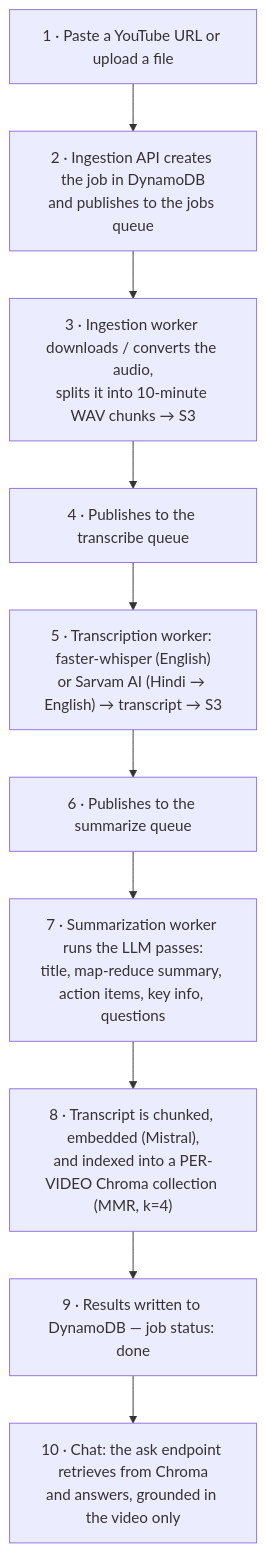
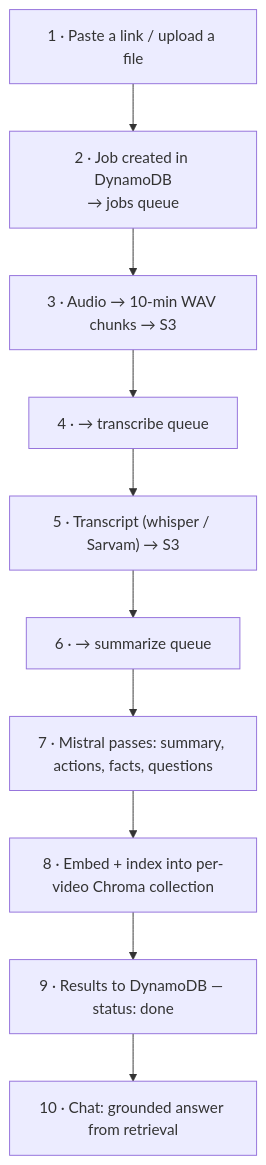
One commit to TexZ-GenZ/AI-Video-Assistant changed the second of 2 diagrams in README.md. Above: the diagram before and after it, drawn with Mermaid. The commit also changed other lines of this file, not shown here.

Commit message:
docs: shorten lifecycle diagram nodes (GitHub mermaid truncates long text) + detailed step list below

````diff
--- a/README.md
+++ b/README.md
@@ -65,12 +65,12 @@
 ```mermaid
 flowchart TB
-    A["1 · Paste a YouTube URL or upload a file"] --> B["2 · Ingestion API creates the job in DynamoDB<br/>and publishes to the jobs queue"]
-    B --> C["3 · Ingestion worker downloads / converts the audio,<br/>splits it into 10-minute WAV chunks → S3"]
-    C --> D["4 · Publishes to the transcribe queue"]
-    D --> E["5 · Transcription worker: faster-whisper (English)<br/>or Sarvam AI (Hindi → English) → transcript → S3"]
-    E --> F["6 · Publishes to the summarize queue"]
-    F --> G["7 · Summarization worker runs the LLM passes:<br/>title, map-reduce summary, action items, key info, questions"]
-    G --> H["8 · Transcript is chunked, embedded (Mistral),<br/>and indexed into a PER-VIDEO Chroma collection (MMR, k=4)"]
-    H --> I["9 · Results written to DynamoDB — job status: done"]
-    I --> J["10 · Chat: the ask endpoint retrieves from Chroma<br/>and answers, grounded in the video only"]
+    A["1 · Paste a link / upload a file"] --> B["2 · Job created in DynamoDB<br/>→ jobs queue"]
+    B --> C["3 · Audio → 10-min WAV chunks → S3"]
+    C --> D["4 · → transcribe queue"]
+    D --> E["5 · Transcript (whisper / Sarvam) → S3"]
+    E --> F["6 · → summarize queue"]
+    F --> G["7 · Mistral passes: summary, actions, facts, questions"]
+    G --> H["8 · Embed + index into per-video Chroma collection"]
+    H --> I["9 · Results to DynamoDB — status: done"]
+    I --> J["10 · Chat: grounded answer from retrieval"]
 ```
````
